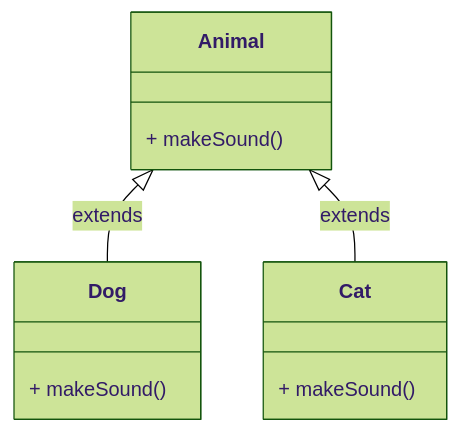
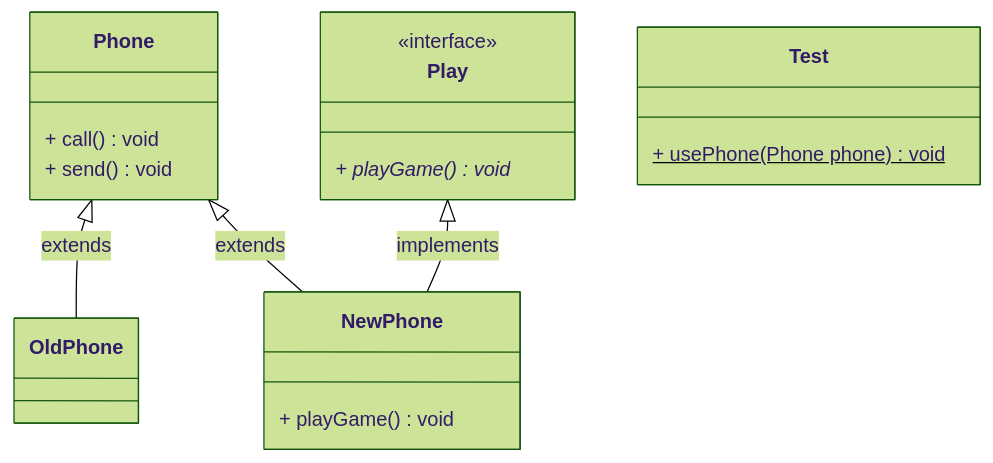
Before and after one commit to Aurorxa/java: the second of 2 diagrams in docs/zh/01_java-se/java-leap/07_xdx/index.md, drawn with Mermaid (forest theme). The commit also changed other lines of this file and 1045 other files, not shown here.

````diff
--- a/docs/zh/01_java-se/java-leap/07_xdx/index.md
+++ b/docs/zh/01_java-se/java-leap/07_xdx/index.md
@@ -3182,8 +195,20 @@
 ```mermaid
 classDiagram
-     Animal <|-- Dog  : extends
-     Animal <|-- Cat   : extends
-     Animal: + makeSound() 
-     Dog: + makeSound()
-     Cat: + makeSound()
+     Phone <|-- OldPhone : extends
+     Phone <|-- NewPhone : extends
+     Play  <|-- NewPhone : implements
+     <<interface>> Play
+     class Phone {
+     	+ call() void
+     	+ send() void
+     }
+	 class Play {
+	 	+ playGame()* void
+	 }
+     class NewPhone {
+     	+ playGame() void
+     }
+     class Test {
+     	+ usePhone(Phone phone) void$
+     }
 ```
````
